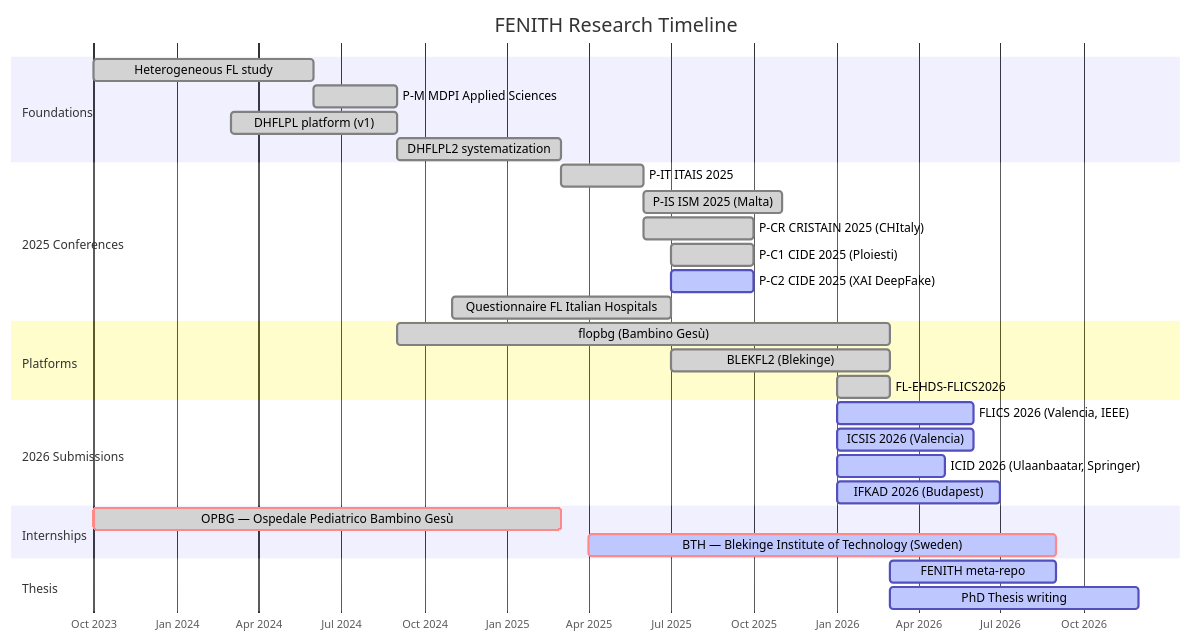
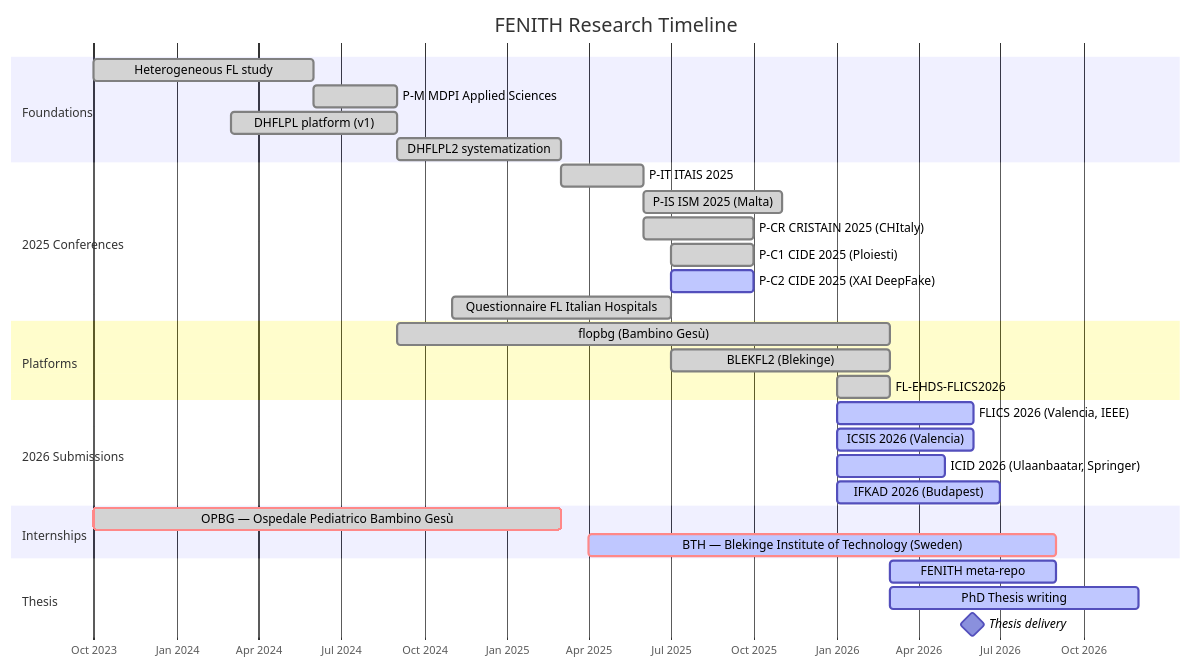
The diagram in README.md (FabioLiberti/FENITH2), drawn with Mermaid before and after one commit. The commit also changed other lines of this file and 3 other files, not shown here.

````diff
--- a/README.md
+++ b/README.md
@@ -126,39 +127,40 @@
 ```mermaid
 gantt
     title FENITH Research Timeline
     dateFormat YYYY-MM
     axisFormat %b %Y
 
     section Foundations
     Heterogeneous FL study           :done, 2023-10, 2024-06
     P-M MDPI Applied Sciences        :done, pm, 2024-06, 2024-09
     DHFLPL platform (v1)             :done, 2024-03, 2024-09
     DHFLPL2 systematization          :done, 2024-09, 2025-03
 
     section 2025 Conferences
     P-IT ITAIS 2025                  :done, 2025-03, 2025-06
     P-IS ISM 2025 (Malta)            :done, 2025-06, 2025-11
     P-CR CRISTAIN 2025 (CHItaly)     :done, 2025-06, 2025-10
     P-C1 CIDE 2025 (Ploiesti)       :done, 2025-07, 2025-10
     P-C2 CIDE 2025 (XAI DeepFake)   :active, 2025-07, 2025-10
     Questionnaire FL Italian Hospitals :done, 2024-11, 2025-07
 
     section Platforms
     flopbg (Bambino Gesù)            :done, 2024-09, 2026-03
     BLEKFL2 (Blekinge)               :done, 2025-07, 2026-03
     FL-EHDS-FLICS2026                :done, 2026-01, 2026-03
 
     section 2026 Submissions
     FLICS 2026 (Valencia, IEEE)      :active, 2026-01, 2026-06
     ICSIS 2026 (Valencia)            :active, 2026-01, 2026-06
     ICID 2026 (Ulaanbaatar, Springer):active, 2026-01, 2026-05
     IFKAD 2026 (Budapest)            :active, 2026-01, 2026-07
 
     section Internships
     OPBG — Ospedale Pediatrico Bambino Gesù :crit, done, 2023-10, 2025-03
     BTH — Blekinge Institute of Technology (Sweden) :crit, active, 2025-04, 2026-09
 
     section Thesis
     FENITH meta-repo                 :active, 2026-03, 2026-09
     PhD Thesis writing               :active, 2026-03, 2026-12
+    Thesis delivery                  :milestone, 2026-05-31, 0d
 ```
````
